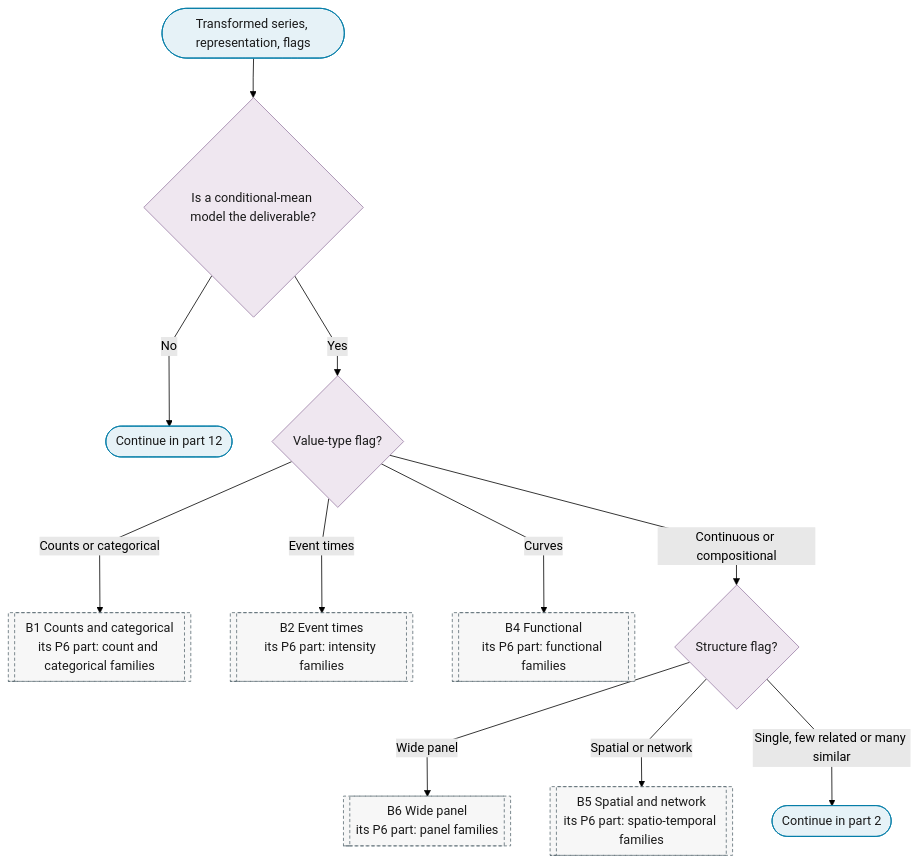
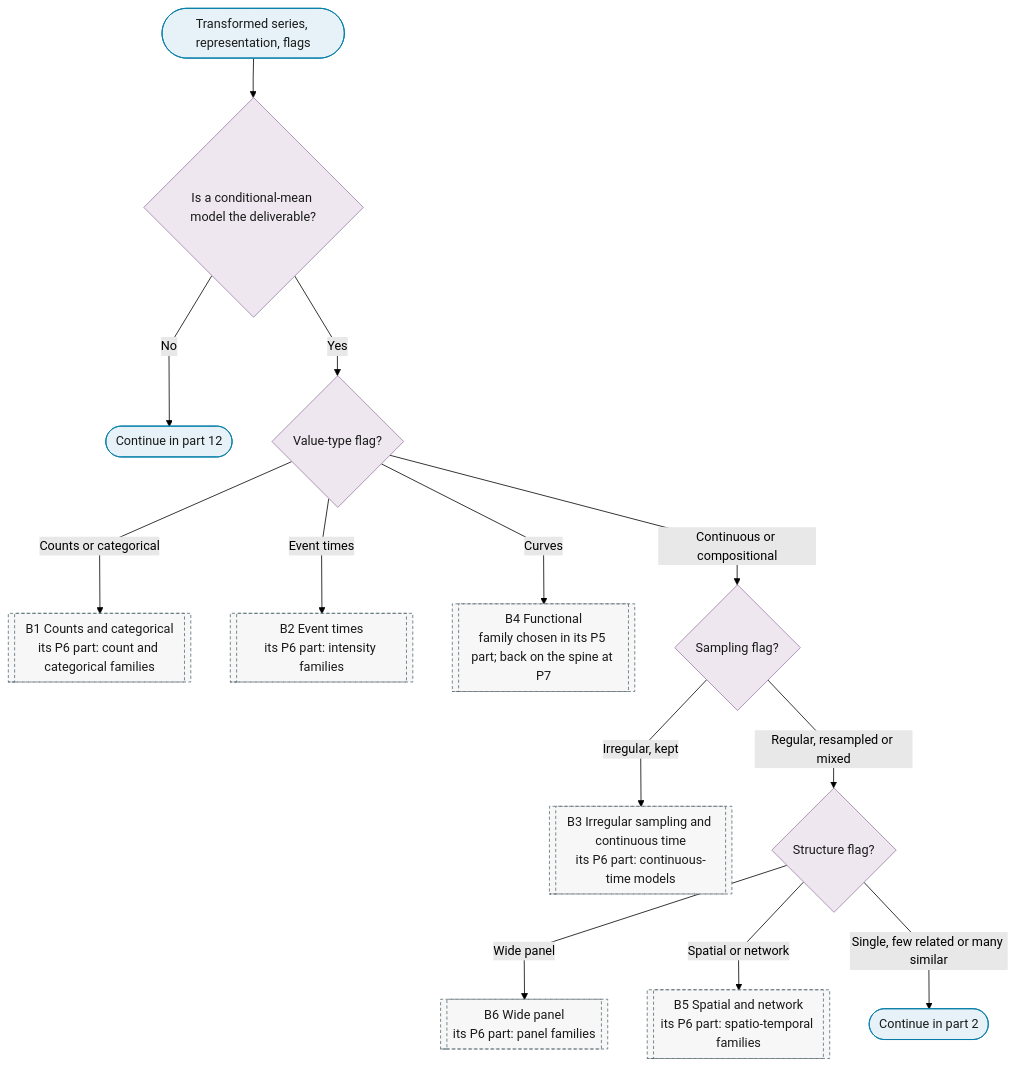
The first of 12 diagrams in docs/01-workflow/p06-mean-model-class.md (Shuxin-Y/time-series-analysis-manual), drawn with Mermaid (forest theme) before and after one commit. The commit also changed other lines of this file and 14 other files, not shown here.

````diff
--- a/docs/01-workflow/p06-mean-model-class.md
+++ b/docs/01-workflow/p06-mean-model-class.md
@@ -11,25 +11,27 @@
 ```mermaid
 %%{init: {"flowchart": {"curve": "linear"}}}%%
 graph TD
     P6_IN(["Transformed series, representation, flags"]) --> P6_MODEL_NEEDED{"Is a conditional-mean model the deliverable?"}
     P6_MODEL_NEEDED -->|"No"| P6_TO_PART_12(["Continue in part 12"])
     P6_MODEL_NEEDED -->|"Yes"| P6_VALUE_TYPE{"Value-type flag?"}
     P6_VALUE_TYPE -->|"Counts or categorical"| B1[["B1 Counts and categorical<br/>its P6 part: count and categorical families"]]
     P6_VALUE_TYPE -->|"Event times"| B2[["B2 Event times<br/>its P6 part: intensity families"]]
-    P6_VALUE_TYPE -->|"Curves"| B4[["B4 Functional<br/>its P6 part: functional families"]]
-    P6_VALUE_TYPE -->|"Continuous or compositional"| P6_PANEL_Q{"Structure flag?"}
+    P6_VALUE_TYPE -->|"Curves"| B4[["B4 Functional<br/>family chosen in its P5 part; back on the spine at P7"]]
+    P6_VALUE_TYPE -->|"Continuous or compositional"| P6_SAMPLING{"Sampling flag?"}
+    P6_SAMPLING -->|"Irregular, kept"| B3[["B3 Irregular sampling and continuous time<br/>its P6 part: continuous-time models"]]
+    P6_SAMPLING -->|"Regular, resampled or mixed"| P6_PANEL_Q{"Structure flag?"}
     P6_PANEL_Q -->|"Wide panel"| B6[["B6 Wide panel<br/>its P6 part: panel families"]]
     P6_PANEL_Q -->|"Spatial or network"| B5[["B5 Spatial and network<br/>its P6 part: spatio-temporal families"]]
     P6_PANEL_Q -->|"Single, few related or many similar"| P6_TO_PART_2(["Continue in part 2"])
     class P6_IN,P6_TO_PART_12,P6_TO_PART_2 terminator
-    class P6_MODEL_NEEDED,P6_VALUE_TYPE,P6_PANEL_Q decision
-    class B1,B2,B4,B6,B5 ref
+    class P6_MODEL_NEEDED,P6_VALUE_TYPE,P6_SAMPLING,P6_PANEL_Q decision
+    class B1,B2,B4,B3,B6,B5 ref
     classDef terminator fill:#E6F2F7,stroke:#007BA7,color:#1A1A1A;
     classDef process fill:#FFFFFF,stroke:#5A6B73,color:#1A1A1A;
     classDef decision fill:#EFE7F0,stroke:#9B7FA7,color:#1A1A1A;
     classDef data fill:#FFF4E0,stroke:#C9A55E,color:#1A1A1A;
     classDef good fill:#DCEFD8,stroke:#4A7A3F,color:#1A1A1A;
     classDef escalate fill:#FFE9C2,stroke:#C9A55E,color:#1A1A1A;
     classDef problem fill:#F2D9DE,stroke:#800020,color:#1A1A1A;
     classDef ref fill:#F7F7F7,stroke:#5A6B73,color:#1A1A1A,stroke-dasharray:4 3;
 ```
````
